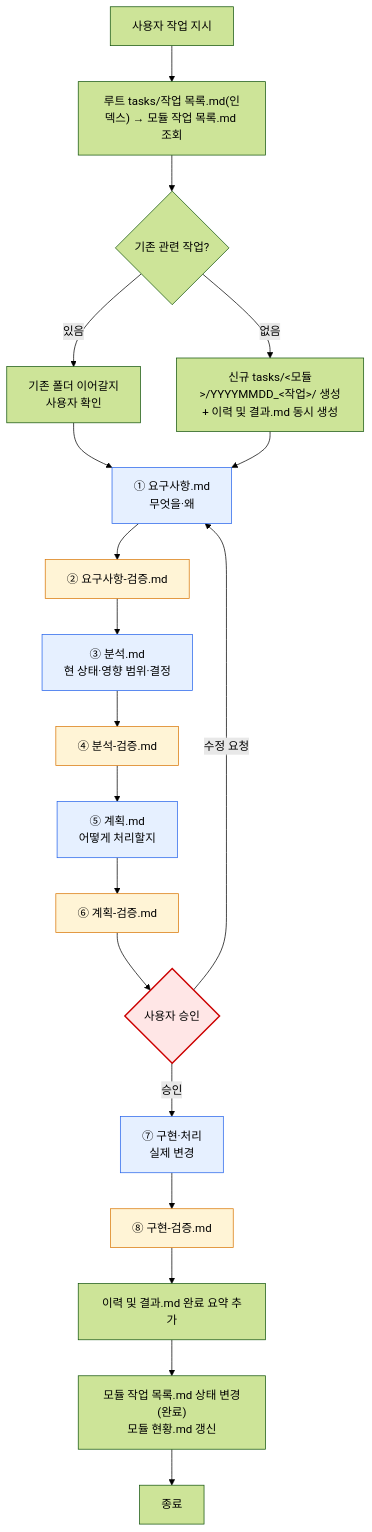
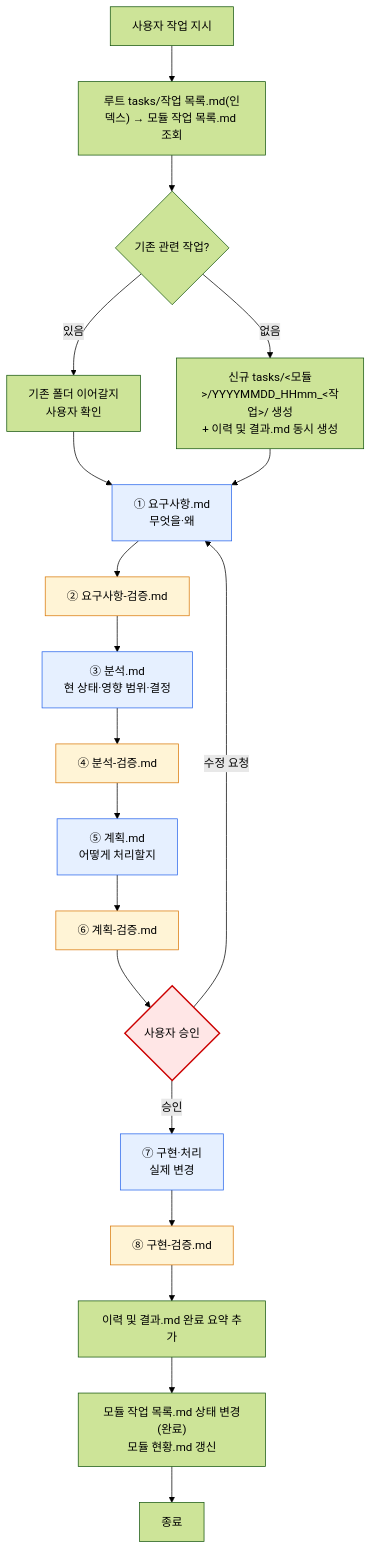
One commit to eskim-todoc/claude changed the diagram in 지침/일반/작업/작업-프로세스.md. Above: the diagram before and after it, drawn with Mermaid (forest theme). The commit also changed other lines of this file and 5 other files, not shown here.

````diff
--- a/지침/일반/작업/작업-프로세스.md
+++ b/지침/일반/작업/작업-프로세스.md
@@ -17,29 +17,29 @@
 ```mermaid
 flowchart TD
     A["사용자 작업 지시"] --> B["루트 tasks/작업 목록.md(인덱스) → 모듈 작업 목록.md 조회"]
     B --> C{기존 관련 작업?}
     C -->|있음| D["기존 폴더 이어갈지<br/>사용자 확인"]
-    C -->|없음| E["신규 tasks/&lt;모듈&gt;/YYYYMMDD_&lt;작업&gt;/ 생성<br/>+ 이력 및 결과.md 동시 생성"]
+    C -->|없음| E["신규 tasks/&lt;모듈&gt;/YYYYMMDD_HHmm_&lt;작업&gt;/ 생성<br/>+ 이력 및 결과.md 동시 생성"]
     D --> F
     E --> F
     F["① 요구사항.md<br/>무엇을·왜"]
     F --> F1["② 요구사항-검증.md"]
     F1 --> G["③ 분석.md<br/>현 상태·영향 범위·결정"]
     G --> G1["④ 분석-검증.md"]
     G1 --> H["⑤ 계획.md<br/>어떻게 처리할지"]
     H --> H1["⑥ 계획-검증.md"]
     H1 --> K{사용자 승인}
     K -->|수정 요청| F
     K -->|승인| L["⑦ 구현·처리<br/>실제 변경"]
     L --> L1["⑧ 구현-검증.md"]
     L1 --> M["이력 및 결과.md 완료 요약 추가"]
     M --> N["모듈 작업 목록.md 상태 변경(완료)<br/>모듈 현황.md 갱신"]
     N --> O[종료]
 
     classDef make fill:#e6f0ff,stroke:#2563eb
     classDef verify fill:#fff4d6,stroke:#d97706
     classDef approval fill:#ffe6e6,stroke:#c00,stroke-width:2px
     class F,G,H,L make
     class F1,G1,H1,L1 verify
     class K approval
 ```
````
